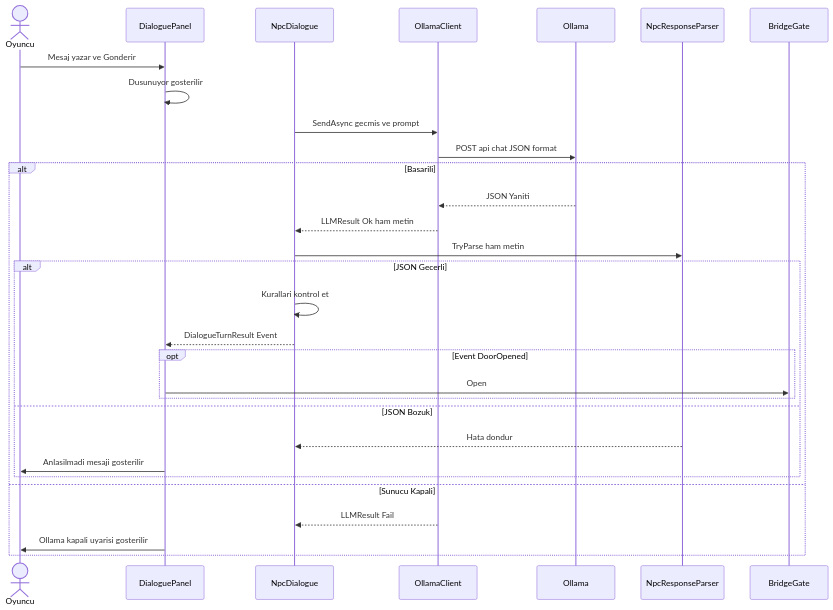
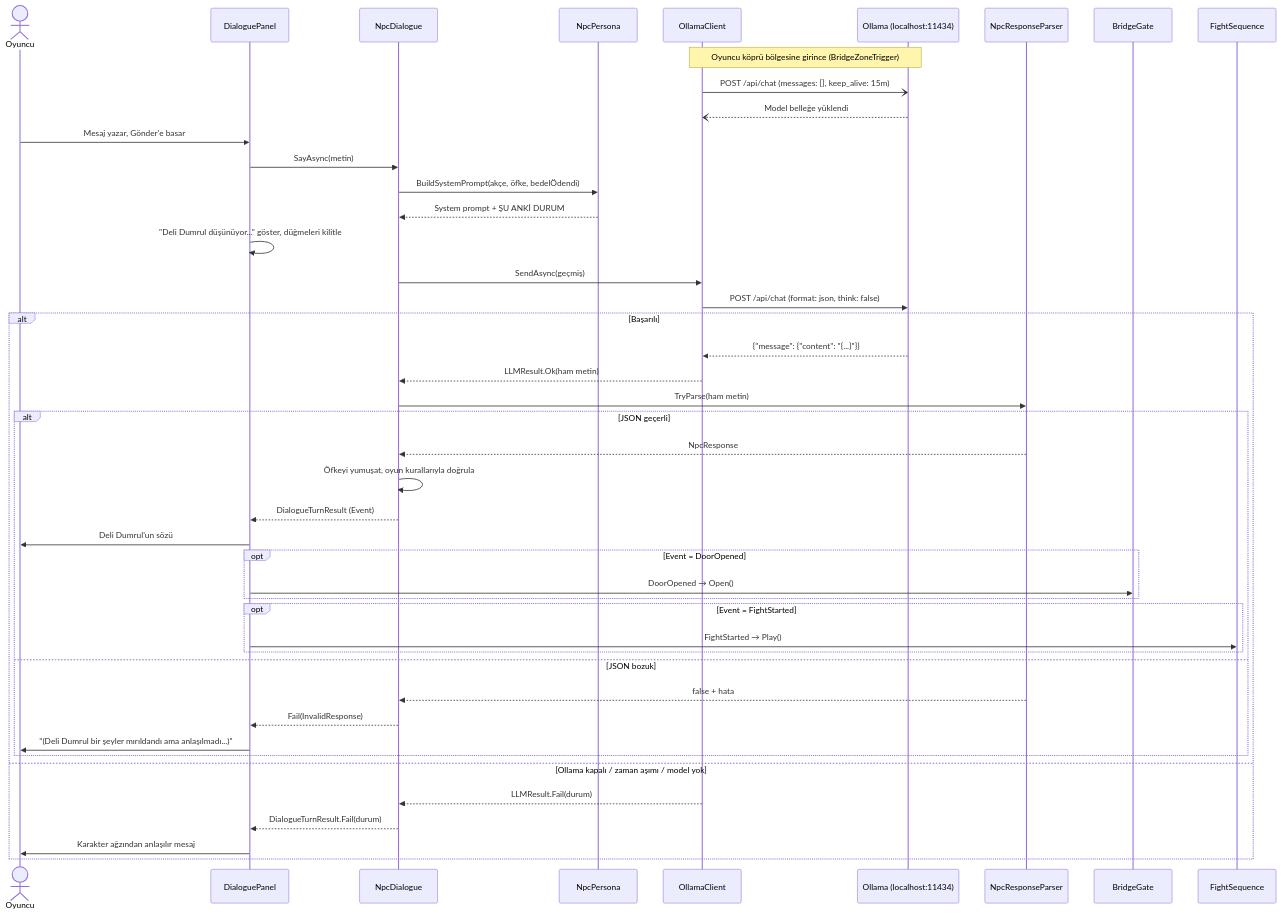
One commit to SlymYsf/BorununYolu changed the second of 3 diagrams in README.md. Above: the diagram before and after it, drawn with Mermaid. The commit also changed other lines of this file, not shown here.

````diff
--- a/README.md
+++ b/README.md
@@ -55,33 +83,50 @@
 ```mermaid
 sequenceDiagram
-actor Oyuncu
-participant Panel as DialoguePanel
-participant Dialogue as NpcDialogue
-participant Client as OllamaClient
-participant Ollama as Ollama
-participant Parser as NpcResponseParser
-participant Gate as BridgeGate
-Oyuncu->>Panel: Mesaj yazar ve Gonderir
-Panel->>Panel: Dusunuyor gosterilir
-Dialogue->>Client: SendAsync gecmis ve prompt
-Client->>Ollama: POST api chat JSON format
-alt Basarili
-Ollama-->>Client: JSON Yaniti
-Client-->>Dialogue: LLMResult Ok ham metin
-Dialogue->>Parser: TryParse ham metin
-alt JSON Gecerli
-Dialogue->>Dialogue: Kurallari kontrol et
-Dialogue-->>Panel: DialogueTurnResult Event
-opt Event DoorOpened
-Panel->>Gate: Open
-end
-else JSON Bozuk
-Parser-->>Dialogue: Hata dondur
-Panel->>Oyuncu: Anlasilmadi mesaji gosterilir
-end
-else Sunucu Kapali
-Client-->>Dialogue: LLMResult Fail
-Panel->>Oyuncu: Ollama kapali uyarisi gosterilir
-end
+    actor Oyuncu
+    participant Panel as DialoguePanel
+    participant Dialogue as NpcDialogue
+    participant Persona as NpcPersona
+    participant Client as OllamaClient
+    participant Ollama as Ollama (localhost:11434)
+    participant Parser as NpcResponseParser
+    participant Gate as BridgeGate
+    participant Fight as FightSequence
 
+    Note over Client,Ollama: Oyuncu köprü bölgesine girince (BridgeZoneTrigger)
+    Client-)Ollama: POST /api/chat (messages: [], keep_alive: 15m)
+    Ollama--)Client: Model belleğe yüklendi
+
+    Oyuncu->>Panel: Mesaj yazar, Gönder'e basar
+    Panel->>Dialogue: SayAsync(metin)
+    Dialogue->>Persona: BuildSystemPrompt(akçe, öfke, bedelÖdendi)
+    Persona-->>Dialogue: System prompt + ŞU ANKİ DURUM
+    Panel->>Panel: "Deli Dumrul düşünüyor..." göster, düğmeleri kilitle
+    Dialogue->>Client: SendAsync(geçmiş)
+    Client->>Ollama: POST /api/chat (format: json, think: false)
+
+    alt Başarılı
+        Ollama-->>Client: {"message": {"content": "{...}"}}
+        Client-->>Dialogue: LLMResult.Ok(ham metin)
+        Dialogue->>Parser: TryParse(ham metin)
+        alt JSON geçerli
+            Parser-->>Dialogue: NpcResponse
+            Dialogue->>Dialogue: Öfkeyi yumuşat, oyun kurallarıyla doğrula
+            Dialogue-->>Panel: DialogueTurnResult (Event)
+            Panel->>Oyuncu: Deli Dumrul'un sözü
+            opt Event = DoorOpened
+                Panel->>Gate: DoorOpened → Open()
+            end
+            opt Event = FightStarted
+                Panel->>Fight: FightStarted → Play()
+            end
+        else JSON bozuk
+            Parser-->>Dialogue: false + hata
+            Dialogue-->>Panel: Fail(InvalidResponse)
+            Panel->>Oyuncu: "(Deli Dumrul bir şeyler mırıldandı ama anlaşılmadı...)"
+        end
+    else Ollama kapalı / zaman aşımı / model yok
+        Client-->>Dialogue: LLMResult.Fail(durum)
+        Dialogue-->>Panel: DialogueTurnResult.Fail(durum)
+        Panel->>Oyuncu: Karakter ağzından anlaşılır mesaj
+    end
 ```
````
